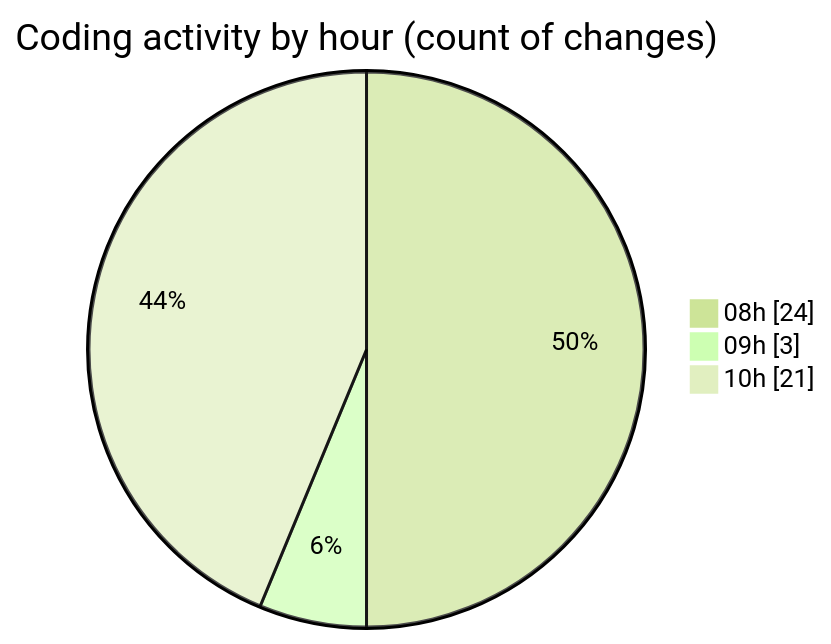
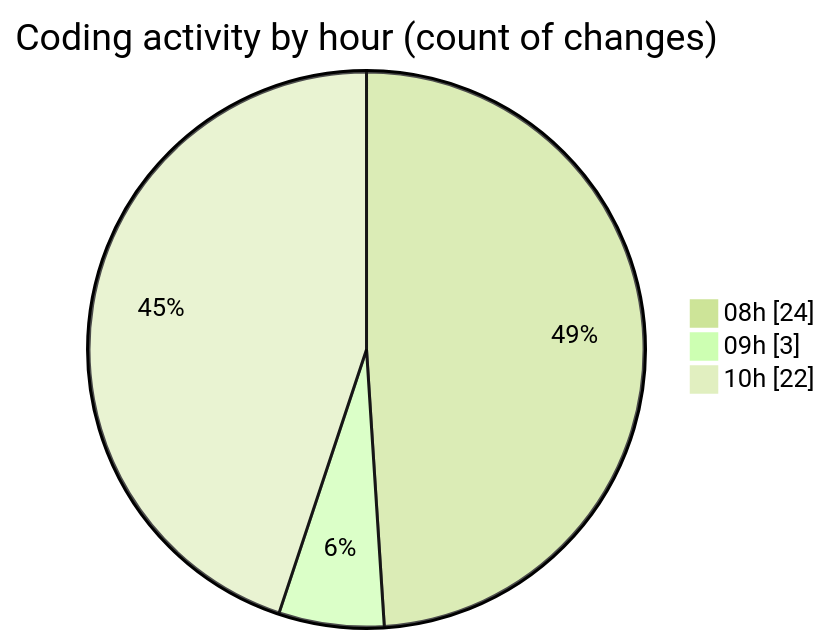
The second of 2 diagrams in 2025-11-07/eventscop-frontend-guide__workspace_/README.md (julien-gomy/code-tracking), drawn with Mermaid (forest theme) before and after one commit. The commit also changed other lines of this file and 1 other file, not shown here.

````diff
--- a/2025-11-07/eventscop-frontend-guide__workspace_/README.md
+++ b/2025-11-07/eventscop-frontend-guide__workspace_/README.md
@@ -46,7 +46,7 @@
 ```mermaid
 pie showData
 title Coding activity by hour (count of changes)
 "08h" : 24
 "09h" : 3
-"10h" : 21
+"10h" : 22
 ```
````
